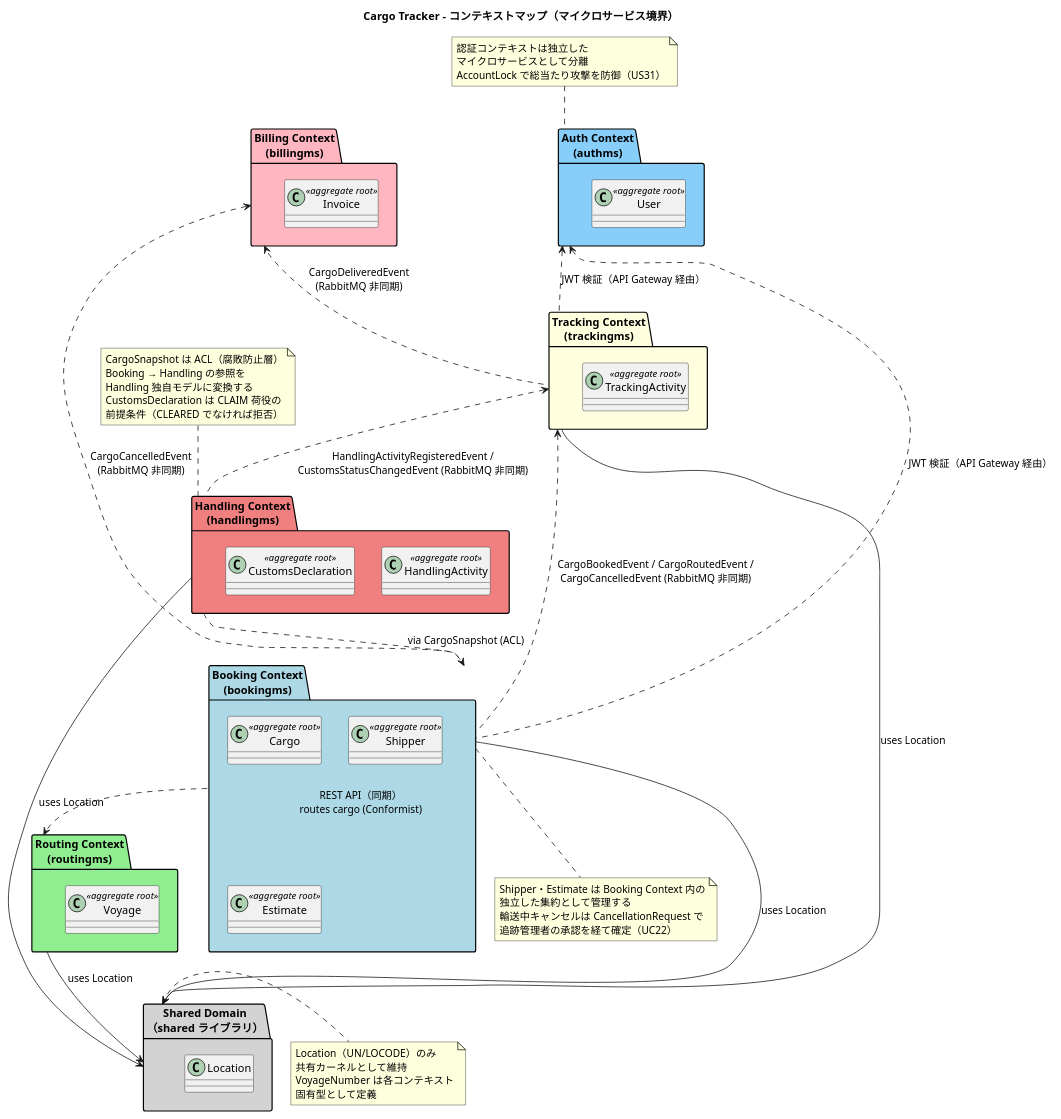
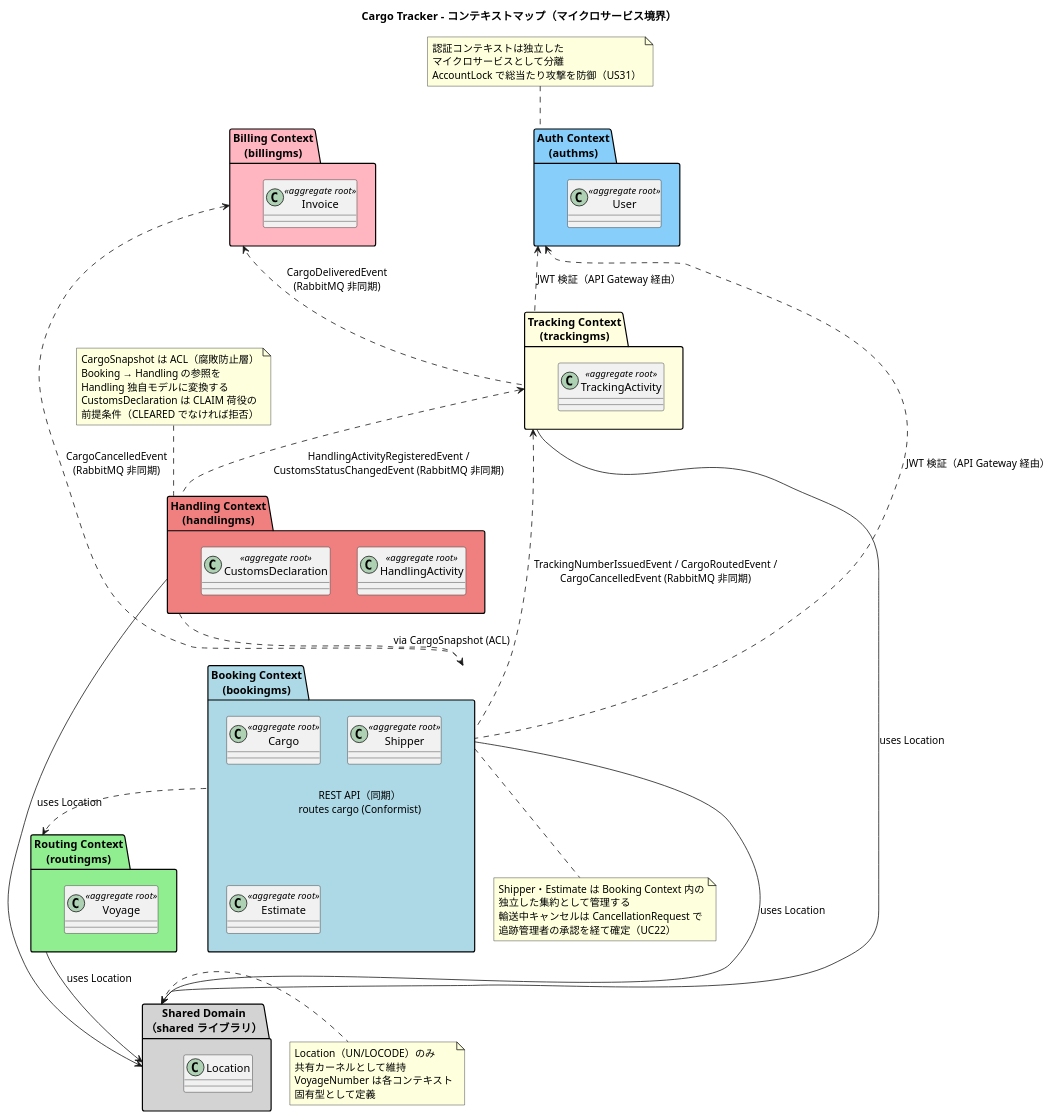
The second of 10 diagrams in docs/design/domain-model.md (k2works/case-study-cargo-tracker), drawn with PlantUML before and after one commit. The commit also changed other lines of this file and 6 other files, not shown here.

First line of the commit message:
docs(design): 廃止した CargoBookedEvent の寄せ残しを直し、検査で固定する

````diff
--- a/docs/design/domain-model.md
+++ b/docs/design/domain-model.md
@@ -118,79 +118,79 @@
 ```plantuml
 @startuml
 title Cargo Tracker - コンテキストマップ（マイクロサービス境界）
 
 package "Auth Context\n(authms)" as auth #LightSkyBlue {
   class User <<aggregate root>>
 }
 
 package "Booking Context\n(bookingms)" as booking #lightblue {
   class Cargo <<aggregate root>>
   class Shipper <<aggregate root>>
   class Estimate <<aggregate root>>
 }
 
 package "Routing Context\n(routingms)" as routing #lightgreen {
   class Voyage <<aggregate root>>
 }
 
 package "Tracking Context\n(trackingms)" as tracking #lightyellow {
   class TrackingActivity <<aggregate root>>
 }
 
 package "Handling Context\n(handlingms)" as handling #lightcoral {
   class HandlingActivity <<aggregate root>>
   class CustomsDeclaration <<aggregate root>>
 }
 
 package "Billing Context\n(billingms)" as billing #lightpink {
   class Invoice <<aggregate root>>
 }
 
 package "Shared Domain\n（shared ライブラリ）" as shared #lightgray {
   class Location
 }
 
 booking --> shared : uses Location
 routing --> shared : uses Location
 tracking --> shared : uses Location
 handling --> shared : uses Location
 
 auth <.. booking : JWT 検証（API Gateway 経由）
 auth <.. tracking : JWT 検証（API Gateway 経由）
 booking ..> routing : REST API（同期）\nroutes cargo (Conformist)
 handling ..> booking : via CargoSnapshot (ACL)
-tracking <.. booking : CargoBookedEvent / CargoRoutedEvent /\nCargoCancelledEvent (RabbitMQ 非同期)
+tracking <.. booking : TrackingNumberIssuedEvent / CargoRoutedEvent /\nCargoCancelledEvent (RabbitMQ 非同期)
 tracking <.. handling : HandlingActivityRegisteredEvent /\nCustomsStatusChangedEvent (RabbitMQ 非同期)
 billing <.. tracking : CargoDeliveredEvent\n(RabbitMQ 非同期)
 billing <.. booking : CargoCancelledEvent\n(RabbitMQ 非同期)
 
 note top of handling
   CargoSnapshot は ACL（腐敗防止層）
   Booking → Handling の参照を
   Handling 独自モデルに変換する
   CustomsDeclaration は CLAIM 荷役の
   前提条件（CLEARED でなければ拒否）
 end note
 
 note right of shared
   Location（UN/LOCODE）のみ
   共有カーネルとして維持
   VoyageNumber は各コンテキスト
   固有型として定義
 end note
 
 note top of auth
   認証コンテキストは独立した
   マイクロサービスとして分離
   AccountLock で総当たり攻撃を防御（US31）
 end note
 
 note bottom of booking
   Shipper・Estimate は Booking Context 内の
   独立した集約として管理する
   輸送中キャンセルは CancellationRequest で
   追跡管理者の承認を経て確定（UC22）
 end note
 
 @enduml
 ```
````
